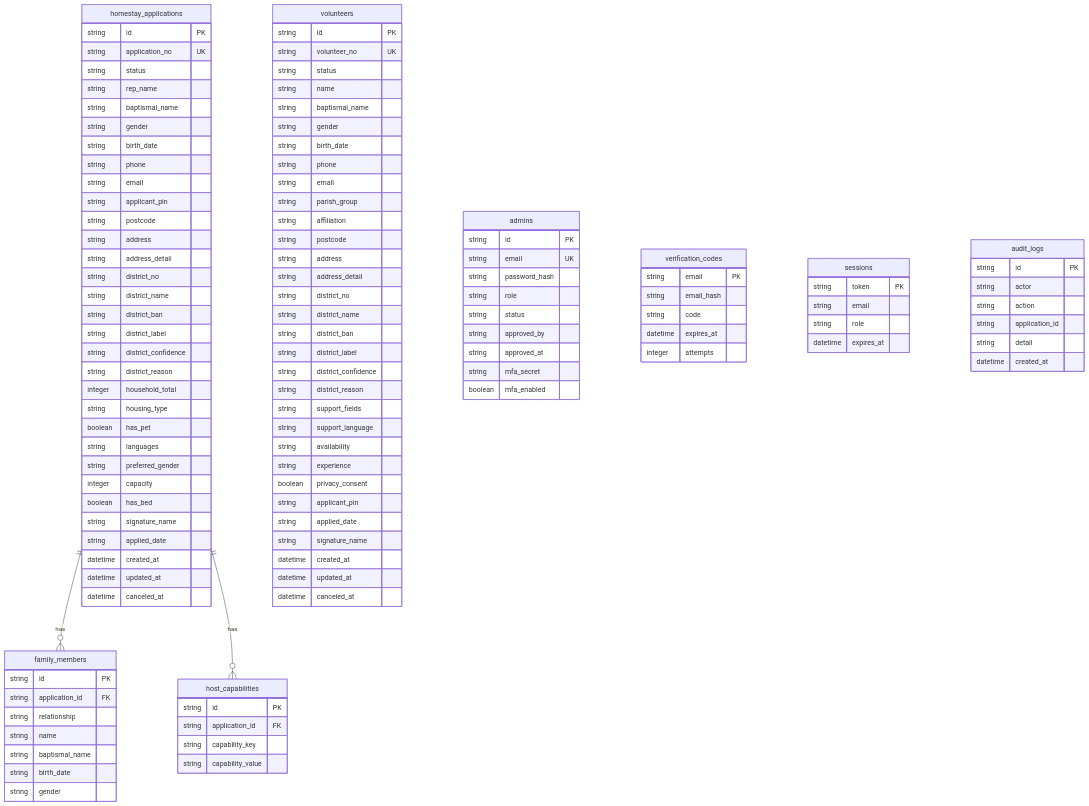
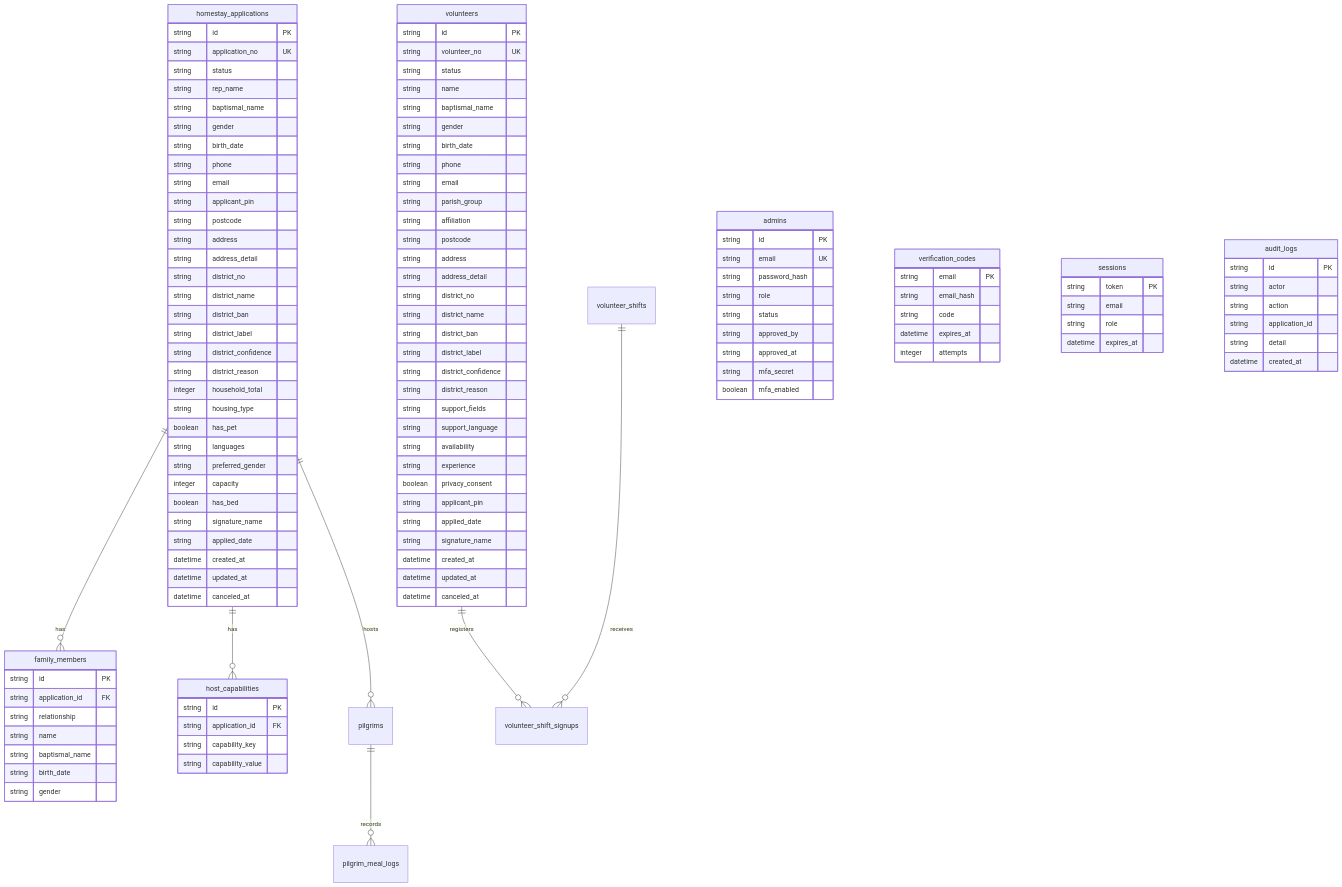
Before and after one commit to brotheroak/2027-wyd-kr-segok-management-system: the diagram in docs/DATABASE.md, drawn with Mermaid. The commit also changed other lines of this file and 28 other files, not shown here.

```diff
--- a/docs/DATABASE.md
+++ b/docs/DATABASE.md
@@ -105,6 +112,10 @@
 erDiagram
     homestay_applications ||--o{ family_members : "has"
     homestay_applications ||--o{ host_capabilities : "has"
+    homestay_applications ||--o{ pilgrims : "hosts"
+    volunteers ||--o{ volunteer_shift_signups : "registers"
+    volunteer_shifts ||--o{ volunteer_shift_signups : "receives"
+    pilgrims ||--o{ pilgrim_meal_logs : "records"
 
     homestay_applications {
         string id PK
```
